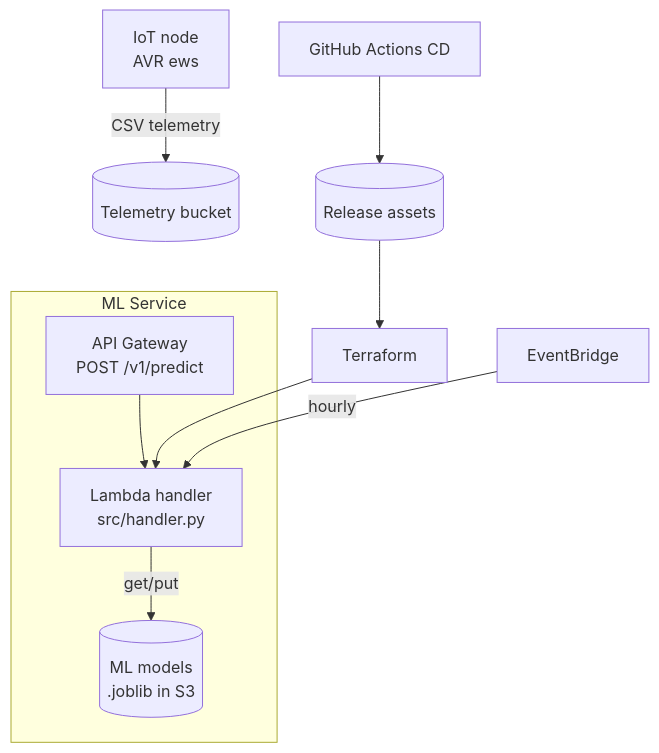
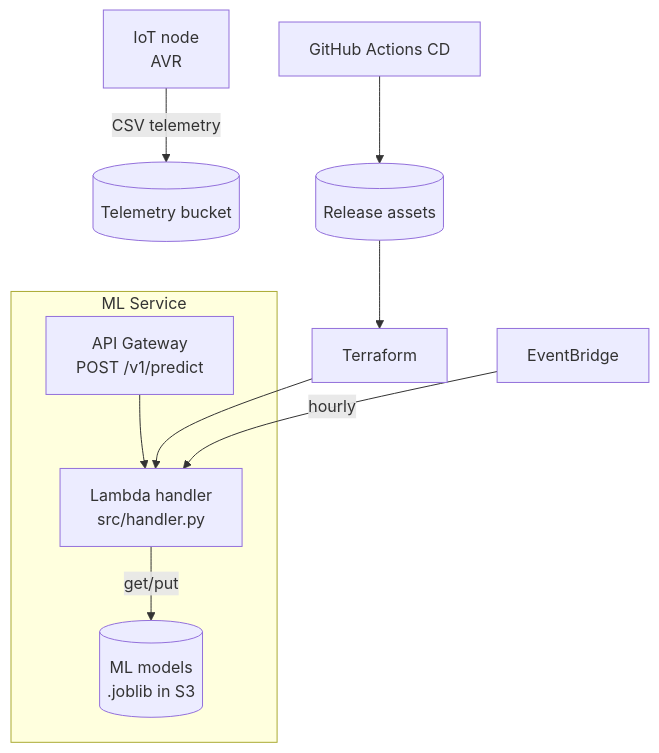
The diagram in README.md (greenhouse-SEP04/mal), drawn with Mermaid before and after one commit.

````diff
--- a/README.md
+++ b/README.md
@@ -34,14 +34,14 @@
 ```mermaid
 flowchart TD
-    A[IoT node<br>AVR ews] -- CSV telemetry --> S3[(Telemetry bucket)]
+    A[IoT node<br>AVR] -- CSV telemetry --> S3[(Telemetry bucket)]
     subgraph ML Service
         B[API Gateway<br>POST /v1/predict]
         C[Lambda handler<br>src/handler.py]
         D[(ML models<br>.joblib in S3)]
     end
     B --> C
     C -- get/put --> D
     E[GitHub Actions CD] --> F[(Release assets)] --> Terraform --> C
     EventBridge -->|hourly| C
 
 ```
````
